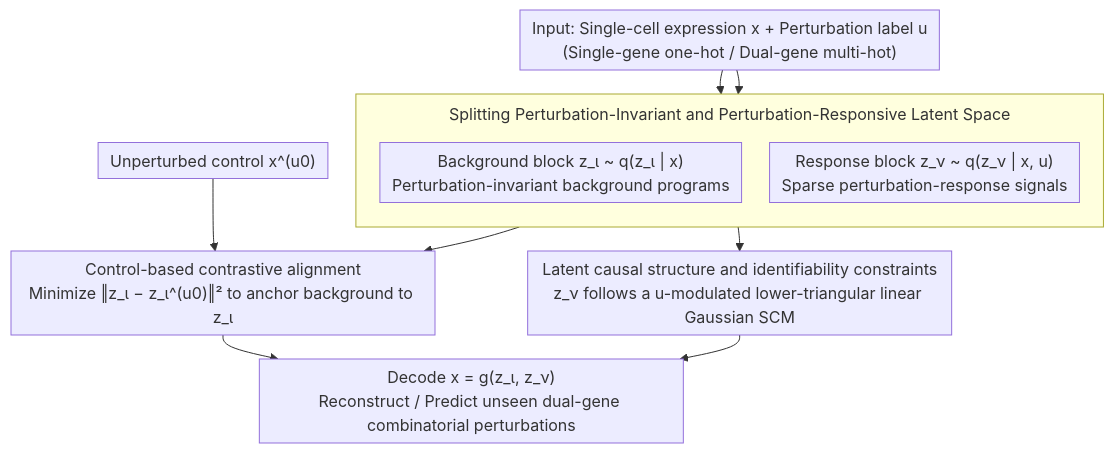
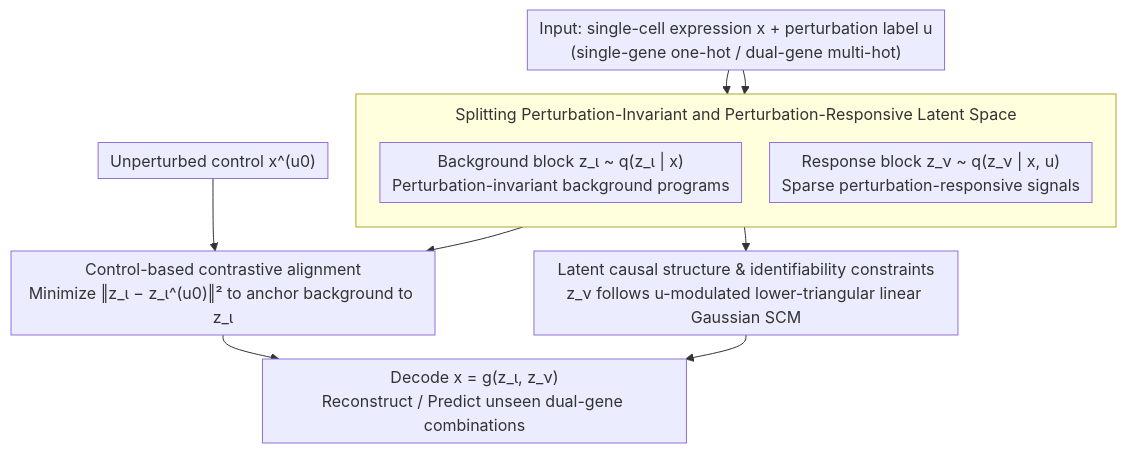
One commit to zhaoyang97/Paper-Notes-en changed the diagram in docs/ICML2026/computational_biology/what_makes_a_representation_good_for_single-cell_perturbation_prediction.md. Above: the diagram before and after it, drawn with Mermaid. The commit also changed other lines of this file and 5084 other files, not shown here.

````diff
--- a/docs/ICML2026/computational_biology/what_makes_a_representation_good_for_single-cell_perturbation_prediction.md
+++ b/docs/ICML2026/computational_biology/what_makes_a_representation_good_for_single-cell_perturbation_prediction.md
@@ -42,17 +42,17 @@
 ```mermaid
 %%{init: {'flowchart': {'rankSpacing': 24, 'nodeSpacing': 28, 'padding': 6, 'wrappingWidth': 400, 'subGraphTitleMargin': {'top': 8, 'bottom': 16}}}}%%
 flowchart TD
-    X["Input: Single-cell expression x + Perturbation label u<br/>(Single-gene one-hot / Dual-gene multi-hot)"]
+    X["Input: single-cell expression x + perturbation label u<br/>(single-gene one-hot / dual-gene multi-hot)"]
     subgraph SP["Splitting Perturbation-Invariant and Perturbation-Responsive Latent Space"]
         direction TB
         ZI["Background block z_ι ~ q(z_ι | x)<br/>Perturbation-invariant background programs"]
-        ZN["Response block z_ν ~ q(z_ν | x, u)<br/>Sparse perturbation-response signals"]
+        ZN["Response block z_ν ~ q(z_ν | x, u)<br/>Sparse perturbation-responsive signals"]
     end
     X --> ZI
     X --> ZN
     CTRL["Unperturbed control x^(u0)"] --> ALIGN["Control-based contrastive alignment<br/>Minimize ‖z_ι − z_ι^(u0)‖² to anchor background to z_ι"]
     ZI --> ALIGN
-    ZN --> SCM["Latent causal structure and identifiability constraints<br/>z_ν follows a u-modulated lower-triangular linear Gaussian SCM"]
-    ALIGN --> DEC["Decode x = g(z_ι, z_ν)<br/>Reconstruct / Predict unseen dual-gene combinatorial perturbations"]
+    ZN --> SCM["Latent causal structure & identifiability constraints<br/>z_ν follows u-modulated lower-triangular linear Gaussian SCM"]
+    ALIGN --> DEC["Decode x = g(z_ι, z_ν)<br/>Reconstruct / Predict unseen dual-gene combinations"]
     SCM --> DEC
 ```
````
